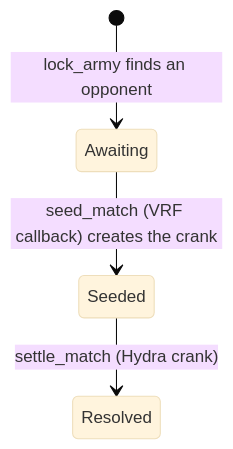
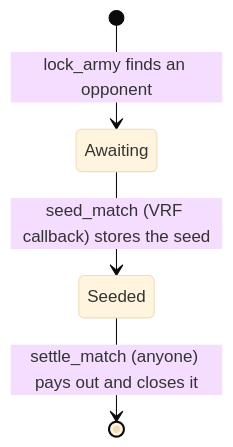
The second of 2 diagrams in docs/src/accounts.md (Dodecahedr0x/horizon-zero), drawn with Mermaid (base theme) before and after one commit. The commit also changed other lines of this file and 19 other files, not shown here.

````diff
--- a/docs/src/accounts.md
+++ b/docs/src/accounts.md
@@ -51,6 +65,6 @@
 ```mermaid
 stateDiagram-v2
   [*] --> Awaiting: lock_army finds an opponent
-  Awaiting --> Seeded: seed_match (VRF callback) creates the crank
-  Seeded --> Resolved: settle_match (Hydra crank)
+  Awaiting --> Seeded: seed_match (VRF callback) stores the seed
+  Seeded --> [*]: settle_match (anyone) pays out and closes it
 ```
````
